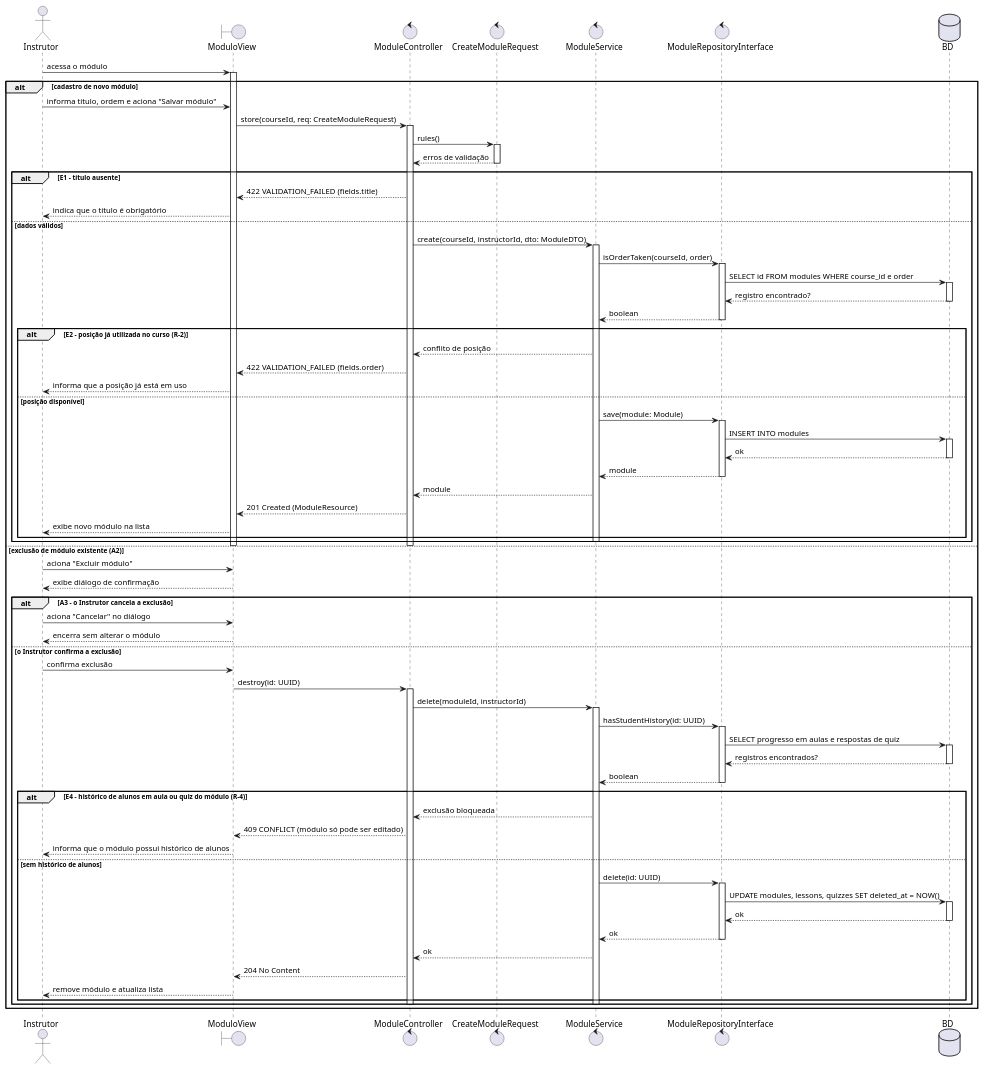
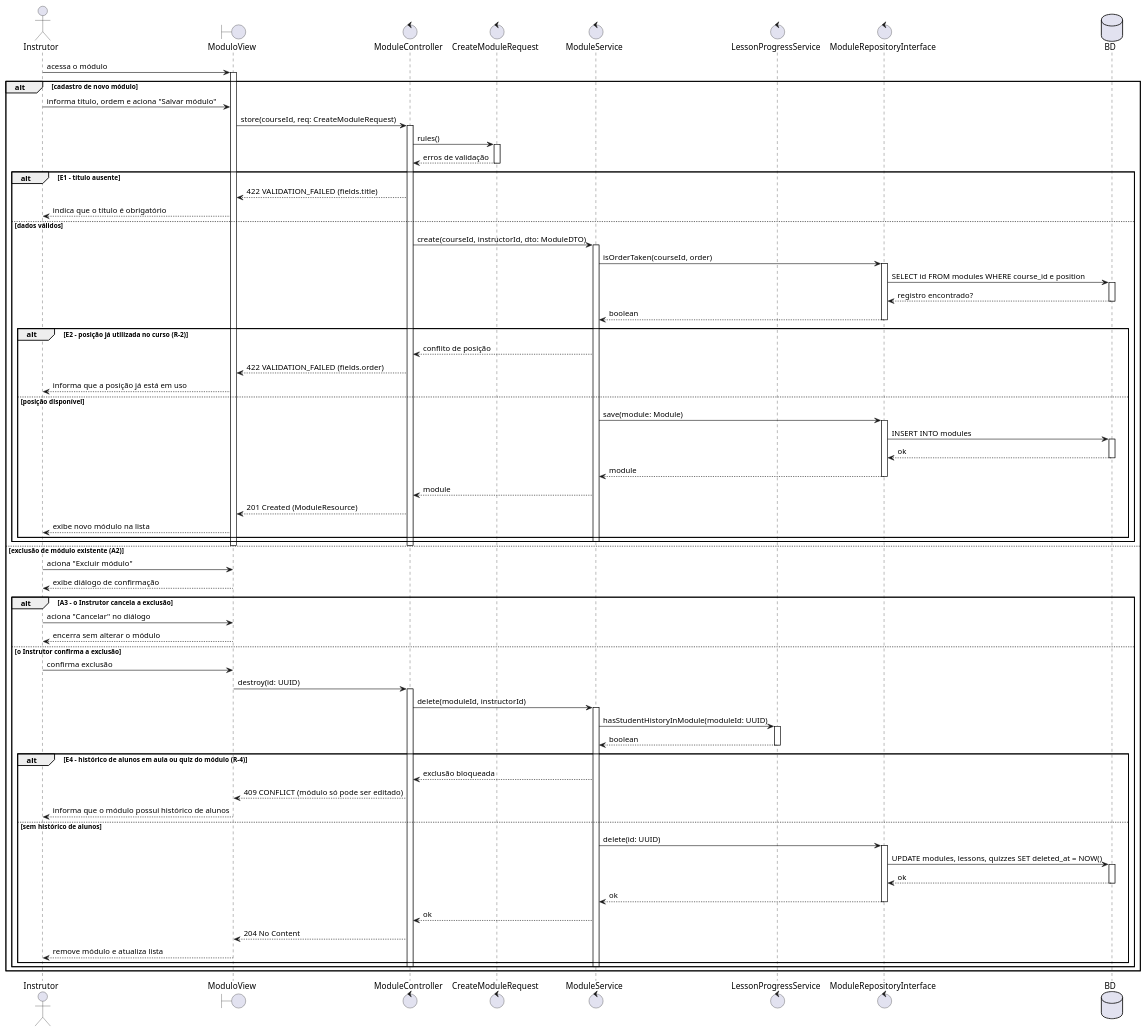
Before and after one commit to Plataforma-de-Cursos-TCC/plataforma-cursos-docs: the diagram in scripts/drawio-seqgen/exemplos/14-sequencia-uc014.puml, drawn with PlantUML. The commit also changed 9 other files, not shown here.

First line of the commit message:
docs(diagrama-de-sequencia): model archive flow and area C calls in area B

```diff
--- a/scripts/drawio-seqgen/exemplos/14-sequencia-uc014.puml
+++ b/scripts/drawio-seqgen/exemplos/14-sequencia-uc014.puml
@@ -3,74 +3,73 @@
 @startuml 14-sequencia-uc014
 
 actor Instrutor as INS
 boundary ModuloView as V
 control ModuleController as C
 control CreateModuleRequest as Q
 control ModuleService as S
+control LessonProgressService as P
 control ModuleRepositoryInterface as R
 database BD
 
 INS -> V ++ : acessa o módulo
 alt cadastro de novo módulo
   INS -> V : informa título, ordem e aciona "Salvar módulo"
   V -> C ++ : store(courseId, req: CreateModuleRequest)
   C -> Q ++ : rules()
   Q --> C -- : erros de validação
   alt E1 - título ausente
     C --> V : 422 VALIDATION_FAILED (fields.title)
     V --> INS : indica que o título é obrigatório
   else dados válidos
     C -> S ++ : create(courseId, instructorId, dto: ModuleDTO)
     S -> R ++ : isOrderTaken(courseId, order)
-    R -> BD ++ : SELECT id FROM modules WHERE course_id e order
+    R -> BD ++ : SELECT id FROM modules WHERE course_id e position
     BD --> R -- : registro encontrado?
     R --> S -- : boolean
     alt E2 - posição já utilizada no curso (R-2)
       S --> C : conflito de posição
       C --> V : 422 VALIDATION_FAILED (fields.order)
       V --> INS : informa que a posição já está em uso
     else posição disponível
       S -> R ++ : save(module: Module)
       R -> BD ++ : INSERT INTO modules
       BD --> R -- : ok
       R --> S -- : module
       S --> C : module
       C --> V : 201 Created (ModuleResource)
       V --> INS : exibe novo módulo na lista
     end
     deactivate S
   end
   deactivate C
   deactivate V
 else exclusão de módulo existente (A2)
   INS -> V : aciona "Excluir módulo"
   V --> INS : exibe diálogo de confirmação
   alt A3 - o Instrutor cancela a exclusão
     INS -> V : aciona "Cancelar" no diálogo
     V --> INS : encerra sem alterar o módulo
   else o Instrutor confirma a exclusão
     INS -> V : confirma exclusão
     V -> C ++ : destroy(id: UUID)
     C -> S ++ : delete(moduleId, instructorId)
-    S -> R ++ : hasStudentHistory(id: UUID)
-    R -> BD ++ : SELECT progresso em aulas e respostas de quiz
-    BD --> R -- : registros encontrados?
-    R --> S -- : boolean
+    S -> P ++ : hasStudentHistoryInModule(moduleId: UUID)
+    P --> S -- : boolean
     alt E4 - histórico de alunos em aula ou quiz do módulo (R-4)
       S --> C : exclusão bloqueada
       C --> V : 409 CONFLICT (módulo só pode ser editado)
       V --> INS : informa que o módulo possui histórico de alunos
     else sem histórico de alunos
       S -> R ++ : delete(id: UUID)
       R -> BD ++ : UPDATE modules, lessons, quizzes SET deleted_at = NOW()
       BD --> R -- : ok
       R --> S -- : ok
       S --> C : ok
       C --> V : 204 No Content
       V --> INS : remove módulo e atualiza lista
     end
     deactivate S
     deactivate C
   end
 end
 @enduml
```
